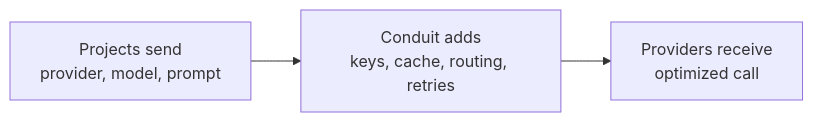
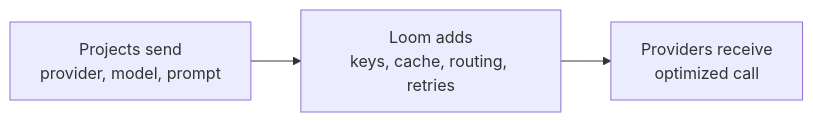
The third of 4 diagrams in diag.md (jyotir07/Loom), drawn with Mermaid before and after one commit. The commit also changed other lines of this file, not shown here.

````diff
--- a/diag.md
+++ b/diag.md
@@ -57,5 +57,5 @@
 ```mermaid
 flowchart LR
-    A[Projects send<br/>provider, model, prompt] --> B[Conduit adds<br/>keys, cache, routing, retries]
+    A[Projects send<br/>provider, model, prompt] --> B[Loom adds<br/>keys, cache, routing, retries]
     B --> C[Providers receive<br/>optimized call]
 ```
````
